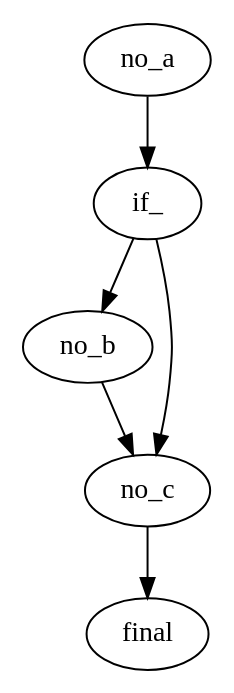
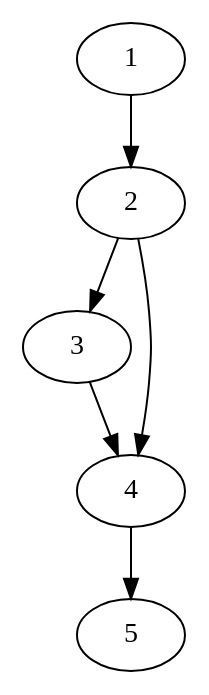
The diagram in dots/5.dot (Pssales/INMEHY-1), drawn with Graphviz before and after one commit. The commit also changed 71 other files, not shown here.

```diff
--- a/dots/5.dot
+++ b/dots/5.dot
@@ -1,12 +1,12 @@
 strict digraph G {
-    no_a;
-	if_;
-	no_b;
-	no_c;
-	final;
-	no_a -> if_;
-	if_ -> no_b;
-	if_ -> no_c;
-	no_b -> no_c;
-	no_c -> final;
+    1;
+	2;
+	3;
+	4;
+	5;
+	1 -> 2;
+	2 -> 3;
+	2 -> 4;
+	3 -> 4;
+	4 -> 5;
 }
```
